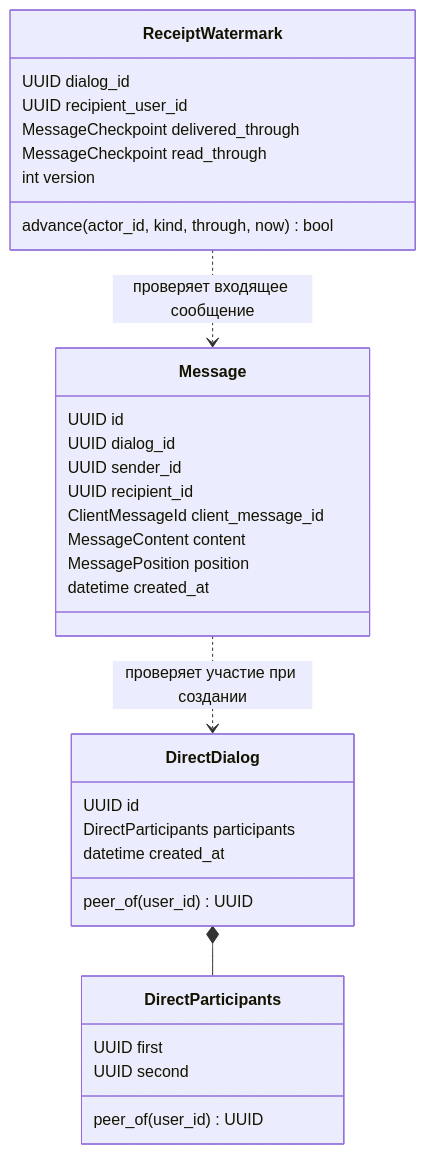
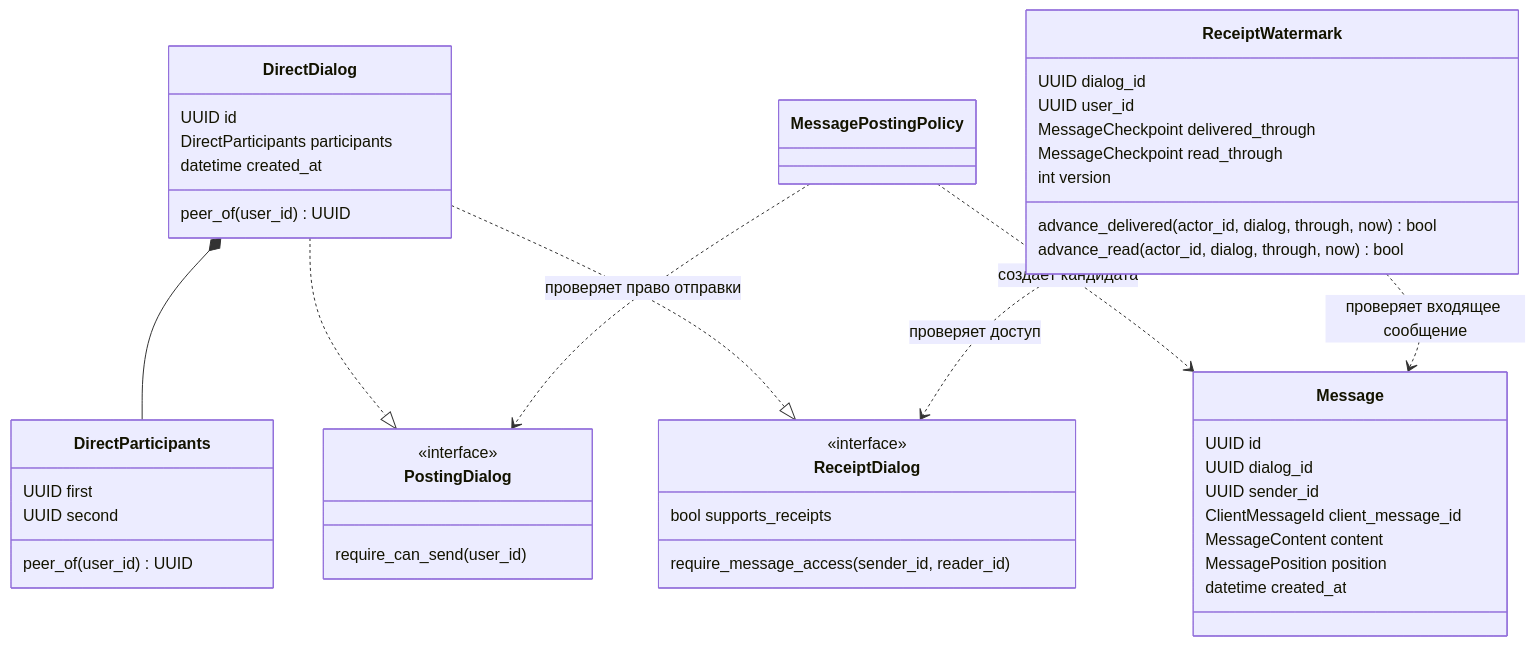
The diagram in docs/domain-model-design-2026-09-18.md (yemeal/andruha-messages-dialogues-service), drawn with Mermaid before and after one commit. The commit also changed other lines of this file and 4 other files, not shown here.

````diff
--- a/docs/domain-model-design-2026-09-18.md
+++ b/docs/domain-model-design-2026-09-18.md
@@ -72,35 +78,49 @@
 ```mermaid
 classDiagram
     class DirectParticipants {
         UUID first
         UUID second
         peer_of(user_id) UUID
     }
     class DirectDialog {
         UUID id
         DirectParticipants participants
         datetime created_at
         peer_of(user_id) UUID
     }
     class Message {
         UUID id
         UUID dialog_id
         UUID sender_id
-        UUID recipient_id
         ClientMessageId client_message_id
         MessageContent content
         MessagePosition position
         datetime created_at
     }
     class ReceiptWatermark {
         UUID dialog_id
-        UUID recipient_user_id
+        UUID user_id
         MessageCheckpoint delivered_through
         MessageCheckpoint read_through
         int version
-        advance(actor_id, kind, through, now) bool
+        advance_delivered(actor_id, dialog, through, now) bool
+        advance_read(actor_id, dialog, through, now) bool
     }
+    class PostingDialog {
+        <<interface>>
+        require_can_send(user_id)
+    }
+    class ReceiptDialog {
+        <<interface>>
+        bool supports_receipts
+        require_message_access(sender_id, reader_id)
+    }
+    class MessagePostingPolicy
     DirectDialog *-- DirectParticipants
-    Message ..> DirectDialog : проверяет участие при создании
+    DirectDialog ..|> PostingDialog
+    DirectDialog ..|> ReceiptDialog
+    MessagePostingPolicy ..> PostingDialog : проверяет право отправки
+    MessagePostingPolicy ..> Message : создаёт кандидата
     ReceiptWatermark ..> Message : проверяет входящее сообщение
+    ReceiptWatermark ..> ReceiptDialog : проверяет доступ
 ```
````
